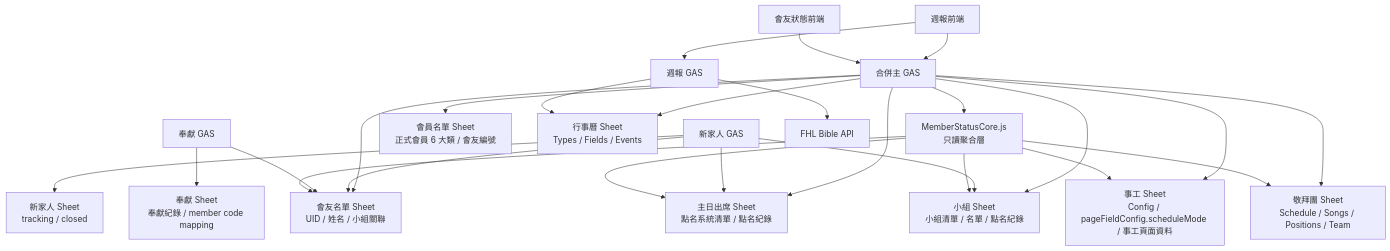
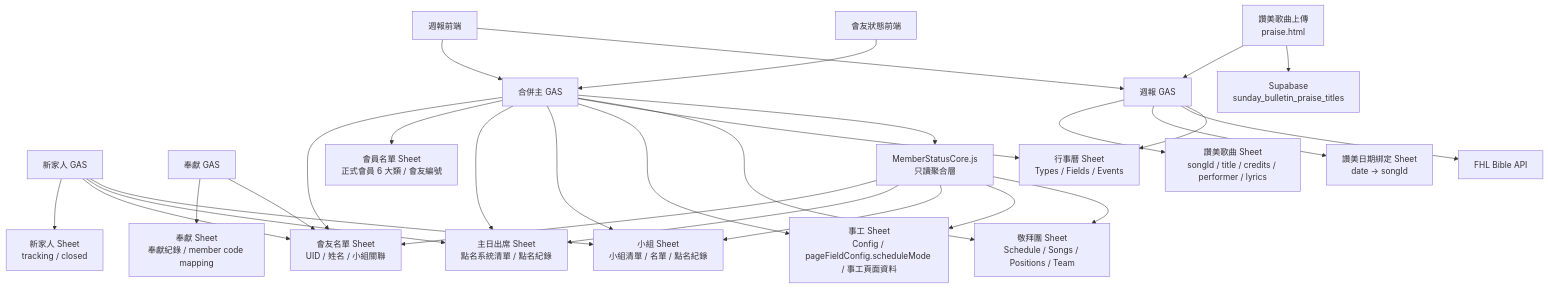
Before and after one commit to JirehWang/LKC1958_June_1.github.io: diagram 12 of 14 in docs/SYSTEM_RELATION_GRAPH.md, drawn with Mermaid. The commit also changed other lines of this file and 17 other files, not shown here.

Commit message:
feat: unify praise song metadata

````diff
--- a/docs/SYSTEM_RELATION_GRAPH.md
+++ b/docs/SYSTEM_RELATION_GRAPH.md
@@ -478,47 +480,55 @@
 ```mermaid
 flowchart TD
     MainGAS["合併主 GAS"]
     NewFamilyGAS["新家人 GAS"]
     OfferingGAS["奉獻 GAS"]
     BulletinFE["週報前端"]
+    BulletinPraise["讚美歌曲上傳<br/>praise.html"]
     MemberStatusFE["會友狀態前端"]
     BulletinGAS["週報 GAS"]
 
     MemberSheet["會友名單 Sheet<br/>UID / 姓名 / 小組關聯"]
     OfficialMemberSheet["會員名單 Sheet<br/>正式會員 6 大類 / 會友編號"]
     AttendanceSheet["主日出席 Sheet<br/>點名系統清單 / 點名紀錄"]
     GroupSheet["小組 Sheet<br/>小組清單 / 名單 / 點名紀錄"]
     MinistrySheet["事工 Sheet<br/>Config / pageFieldConfig.scheduleMode / 事工頁面資料"]
     CalendarSheet["行事曆 Sheet<br/>Types / Fields / Events"]
     WorshipSheet["敬拜團 Sheet<br/>Schedule / Songs / Positions / Team"]
     NewFamilySheet["新家人 Sheet<br/>tracking / closed"]
     OfferingSheet["奉獻 Sheet<br/>奉獻紀錄 / member code mapping"]
+    PraiseSongSheet["讚美歌曲 Sheet<br/>songId / title / credits / performer / lyrics"]
+    PraiseBindingSheet["讚美日期綁定 Sheet<br/>date → songId"]
+    PraiseTitleIndex["Supabase<br/>sunday_bulletin_praise_titles"]
 
     MainGAS --> MemberSheet
     MainGAS --> OfficialMemberSheet
     MainGAS --> AttendanceSheet
     MainGAS --> GroupSheet
     MainGAS --> MinistrySheet
     MainGAS --> CalendarSheet
     MainGAS --> WorshipSheet
 
     NewFamilyGAS --> NewFamilySheet
     NewFamilyGAS --> MemberSheet
     NewFamilyGAS --> AttendanceSheet
     NewFamilyGAS --> GroupSheet
 
     OfferingGAS --> OfferingSheet
     OfferingGAS --> MemberSheet
 
     BulletinFE --> MainGAS
     MemberStatusFE --> MainGAS
     MainGAS --> MemberStatusCore["MemberStatusCore.js<br/>只讀聚合層"]
     MemberStatusCore --> MemberSheet
     MemberStatusCore --> AttendanceSheet
     MemberStatusCore --> GroupSheet
     MemberStatusCore --> MinistrySheet
     MemberStatusCore --> WorshipSheet
     BulletinFE --> BulletinGAS
+    BulletinPraise --> BulletinGAS
+    BulletinPraise --> PraiseTitleIndex
+    BulletinGAS --> PraiseSongSheet
+    BulletinGAS --> PraiseBindingSheet
     BulletinGAS --> FHL["FHL Bible API"]
     BulletinGAS --> CalendarSheet
 ```
````
